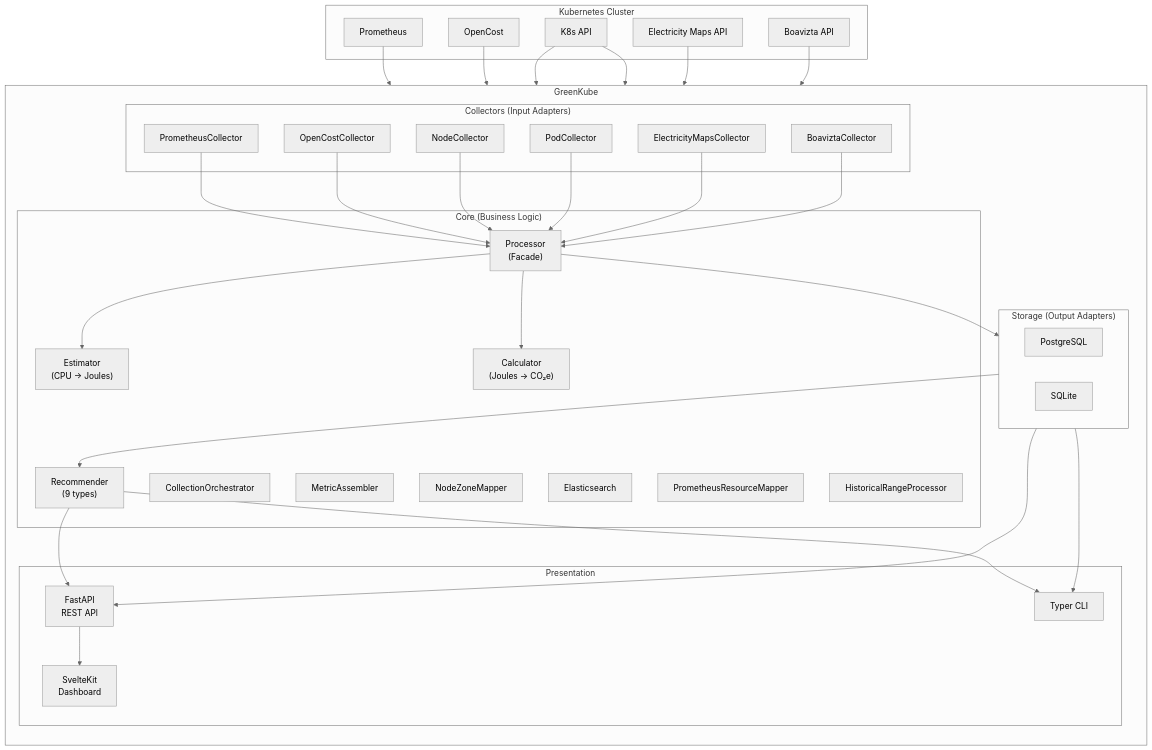
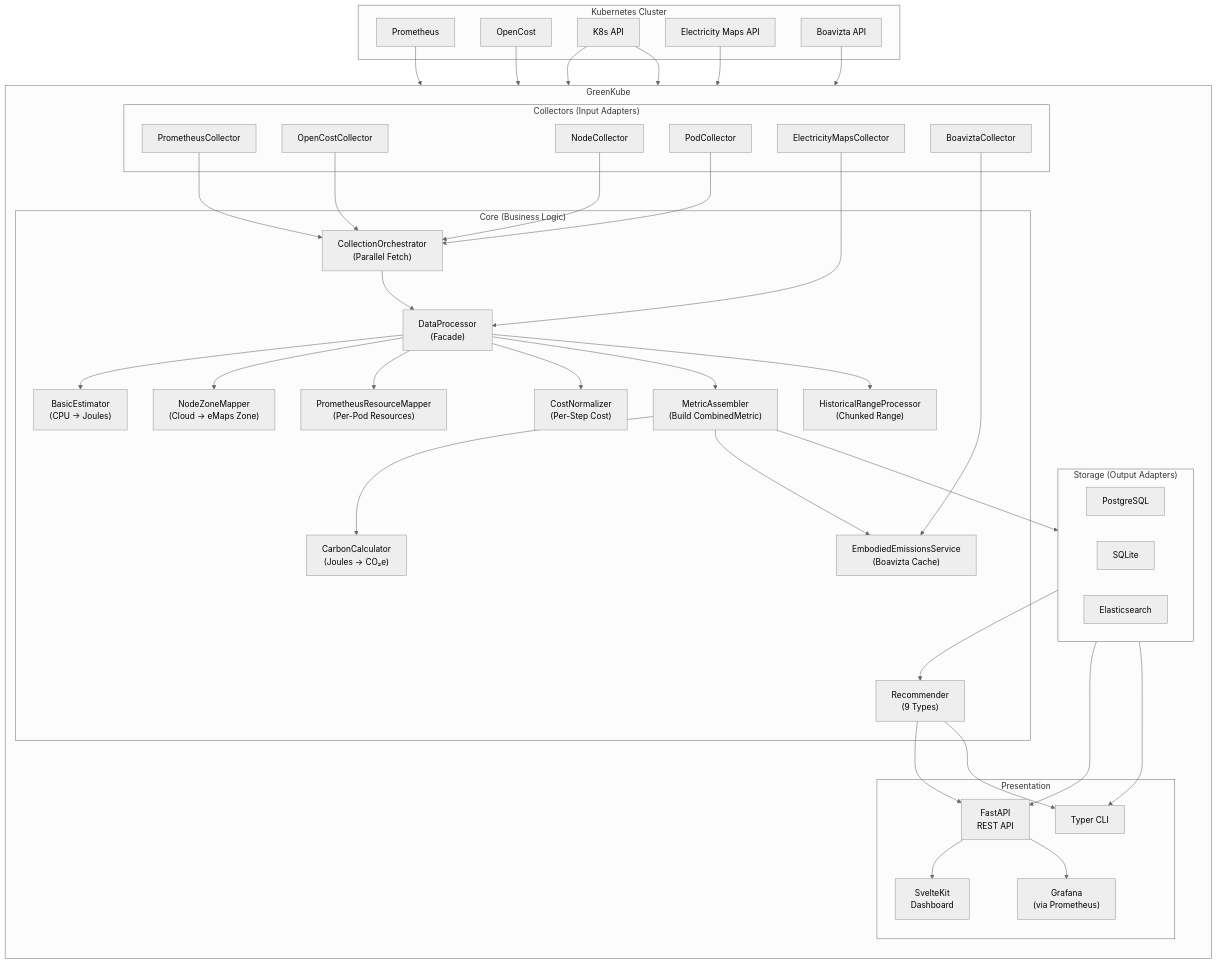
Before and after one commit to GreenKubeCloud/GreenKube: the diagram in docs/architecture.md, drawn with Mermaid (neutral theme). The commit also changed other lines of this file and 14 other files, not shown here.

```diff
--- a/docs/architecture.md
+++ b/docs/architecture.md
@@ -26,28 +26,30 @@
         end
 
         subgraph Core["Core (Business Logic)"]
-            Est["Estimator\n(CPU → Joules)"]
-            Proc["Processor\n(Facade)"]
-            Calc["Calculator\n(Joules → CO₂e)"]
-            Rec["Recommender\n(9 types)"]
-            CO["CollectionOrchestrator"]
-            MA["MetricAssembler"]
-            NZM["NodeZoneMapper"]
-            ES["EmbodiedService"]
-            PRM["PrometheusResourceMapper"]
-            HRP["HistoricalRangeProcessor"]
+            DP["DataProcessor<br/>(Facade)"]
+            CO["CollectionOrchestrator<br/>(Parallel Fetch)"]
+            Est["BasicEstimator<br/>(CPU → Joules)"]
+            Calc["CarbonCalculator<br/>(Joules → CO₂e)"]
+            MA["MetricAssembler<br/>(Build CombinedMetric)"]
+            NZM["NodeZoneMapper<br/>(Cloud → eMaps Zone)"]
+            PRM["PrometheusResourceMapper<br/>(Per-Pod Resources)"]
+            CN["CostNormalizer<br/>(Per-Step Cost)"]
+            ESvc["EmbodiedEmissionsService<br/>(Boavizta Cache)"]
+            HRP["HistoricalRangeProcessor<br/>(Chunked Range)"]
+            Rec["Recommender<br/>(9 Types)"]
         end
 
         subgraph Storage["Storage (Output Adapters)"]
             PG["PostgreSQL"]
             SQLite["SQLite"]
-            ES["Elasticsearch"]
+            Elastic["Elasticsearch"]
         end
 
         subgraph Presentation["Presentation"]
-            API["FastAPI\nREST API"]
+            API["FastAPI<br/>REST API"]
             CLI["Typer CLI"]
-            Dash["SvelteKit\nDashboard"]
+            Dash["SvelteKit<br/>Dashboard"]
+            Grafana["Grafana<br/>(via Prometheus)"]
         end
     end
 
@@ -58,20 +60,30 @@
     EM --> EMC
     Boavizta --> BC
 
-    PC --> Proc
-    OCC --> Proc
-    NC --> Proc
-    PodC --> Proc
-    EMC --> Proc
-    BC --> Proc
+    PC --> CO
+    OCC --> CO
+    NC --> CO
+    PodC --> CO
 
-    Proc --> Est
-    Proc --> Calc
-    Proc --> Storage
+    CO --> DP
+    EMC --> DP
+    BC --> ESvc
+
+    DP --> Est
+    DP --> NZM
+    DP --> PRM
+    DP --> CN
+    DP --> MA
+    DP --> HRP
+
+    MA --> Calc
+    MA --> ESvc
+    MA --> Storage
 
     Storage --> API
     Storage --> CLI
     API --> Dash
+    API --> Grafana
     Storage --> Rec
     Rec --> API
     Rec --> CLI
```
